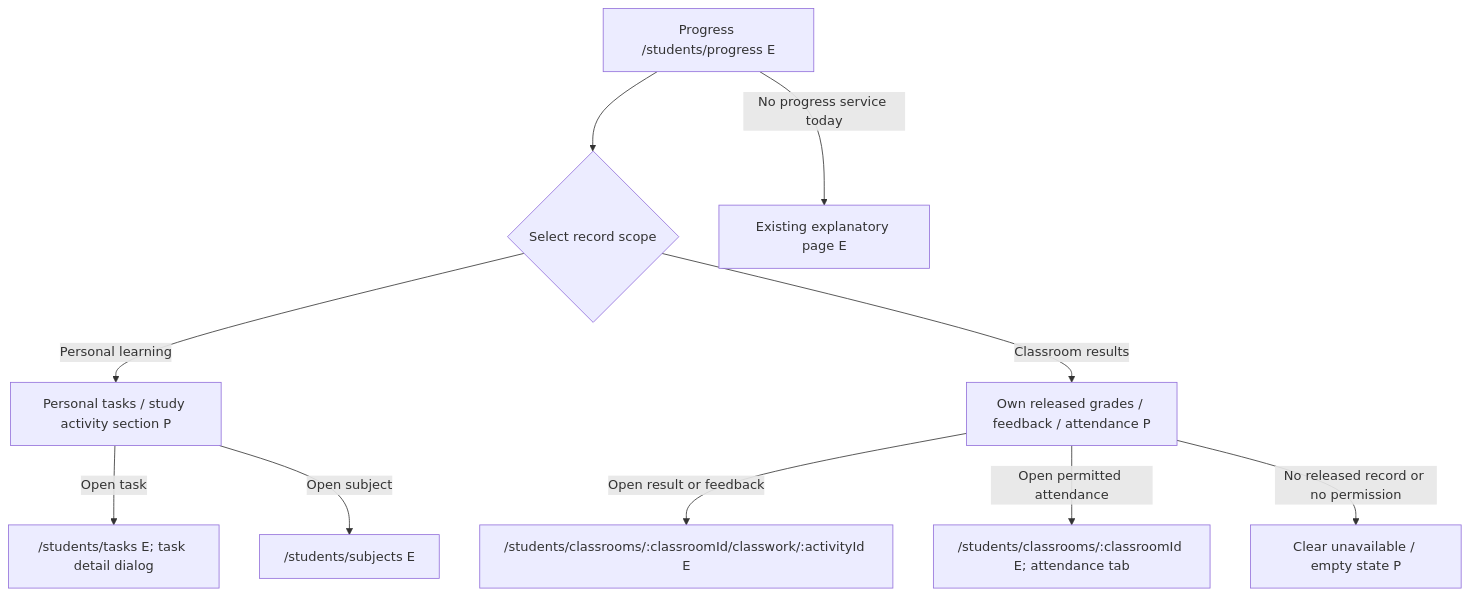
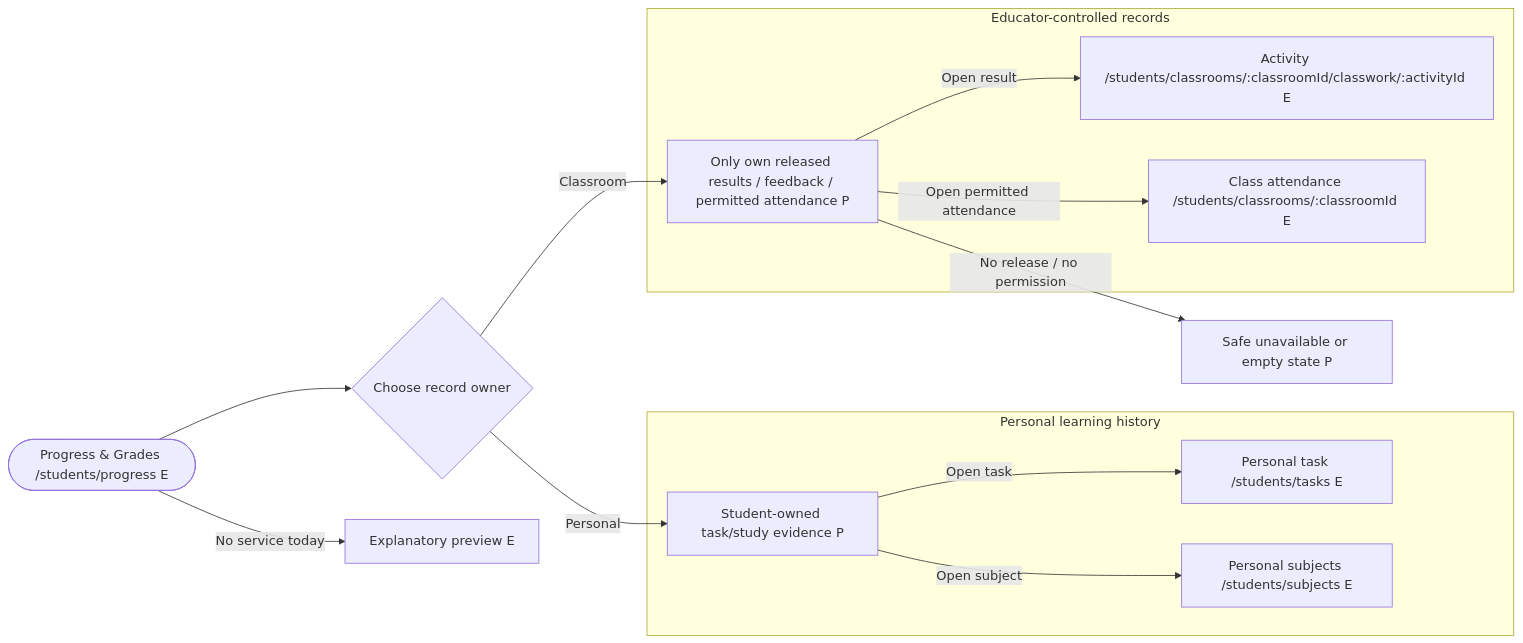
Diagram 11 of 14 in OWLIO_STUDENT_SIDEBAR_WORKFLOW_PLAN.md (devCarlJoseph/owlio-app), drawn with Mermaid before and after one commit. The commit also changed other lines of this file and 1 other file, not shown here.

Commit message:
docs(workflows): render sidebar flows as grouped Mermaid diagrams

````diff
--- a/OWLIO_STUDENT_SIDEBAR_WORKFLOW_PLAN.md
+++ b/OWLIO_STUDENT_SIDEBAR_WORKFLOW_PLAN.md
@@ -517,12 +615,22 @@
 ```mermaid
-flowchart TD
-  P["Progress /students/progress E"] --> SCOPE{"Select record scope"}
-  SCOPE -->|"Personal learning"| OWN["Personal tasks / study activity section P"]
-  OWN -->|"Open task"| TASK["/students/tasks E; task detail dialog"]
-  OWN -->|"Open subject"| SUB["/students/subjects E"]
-  SCOPE -->|"Classroom results"| OFF["Own released grades / feedback / attendance P"]
-  OFF -->|"Open result or feedback"| ACT["/students/classrooms/:classroomId/classwork/:activityId E"]
-  OFF -->|"Open permitted attendance"| CL["/students/classrooms/:classroomId E; attendance tab"]
-  OFF -->|"No released record or no permission"| EMPTY["Clear unavailable / empty state P"]
-  P -->|"No progress service today"| PREVIEW["Existing explanatory page E"]
+flowchart LR
+  P(["Progress & Grades /students/progress E"]) --> SCOPE{"Choose record owner"}
+  subgraph PERSONAL["Personal learning history"]
+    OWN["Student-owned task/study evidence P"]
+    TASK["Personal task /students/tasks E"]
+    SUB["Personal subjects /students/subjects E"]
+    OWN -->|"Open task"| TASK
+    OWN -->|"Open subject"| SUB
+  end
+  subgraph OFFICIAL["Educator-controlled records"]
+    OFF["Only own released results / feedback / permitted attendance P"]
+    ACT["Activity /students/classrooms/:classroomId/classwork/:activityId E"]
+    CL["Class attendance /students/classrooms/:classroomId E"]
+    OFF -->|"Open result"| ACT
+    OFF -->|"Open permitted attendance"| CL
+  end
+  SCOPE -->|"Personal"| OWN
+  SCOPE -->|"Classroom"| OFF
+  OFF -->|"No release / no permission"| EMPTY["Safe unavailable or empty state P"]
+  P -->|"No service today"| PREVIEW["Explanatory preview E"]
 ```
````
